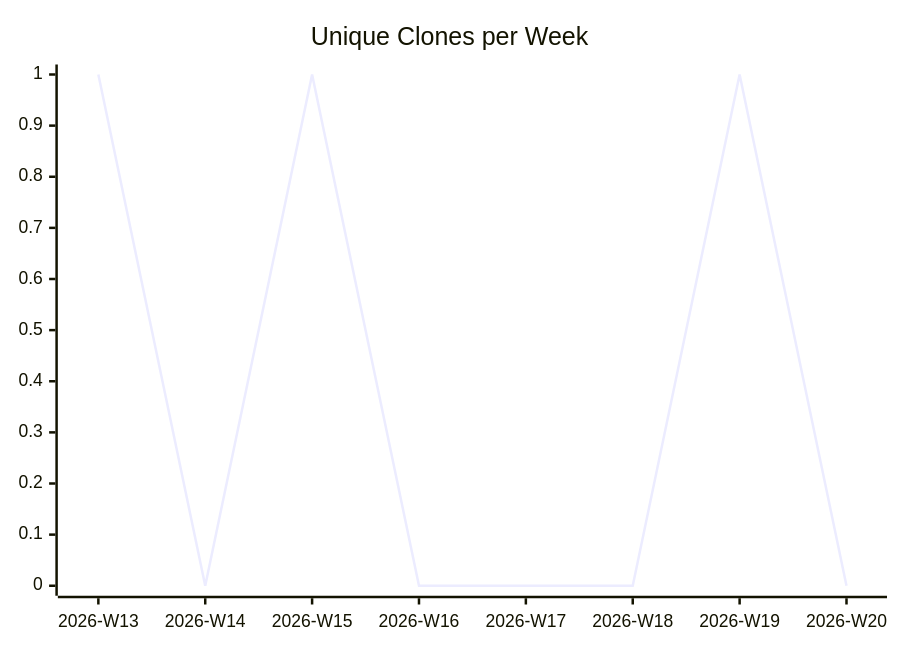
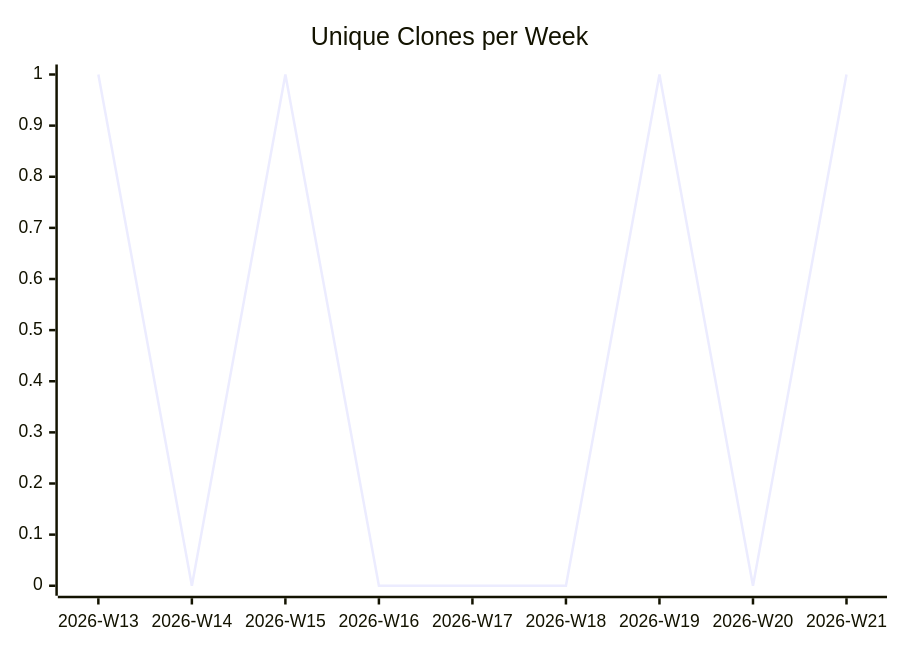
One commit to justdavis-family/github-analytics-data changed the third of 3 diagrams in karlmdavis/ansible-role-acmetool/README.md. Above: the diagram before and after it, drawn with Mermaid. The commit also changed other lines of this file and 189 other files, not shown here.

````diff
--- a/karlmdavis/ansible-role-acmetool/README.md
+++ b/karlmdavis/ansible-role-acmetool/README.md
@@ -19,6 +19,6 @@
 ```mermaid
 xychart-beta
   title "Unique Clones per Week"
-  x-axis ["2026-W13", "2026-W14", "2026-W15", "2026-W16", "2026-W17", "2026-W18", "2026-W19", "2026-W20"]
-  line [1, 0, 1, 0, 0, 0, 1, 0]
+  x-axis ["2026-W13", "2026-W14", "2026-W15", "2026-W16", "2026-W17", "2026-W18", "2026-W19", "2026-W20", "2026-W21"]
+  line [1, 0, 1, 0, 0, 0, 1, 0, 1]
 ```
````
